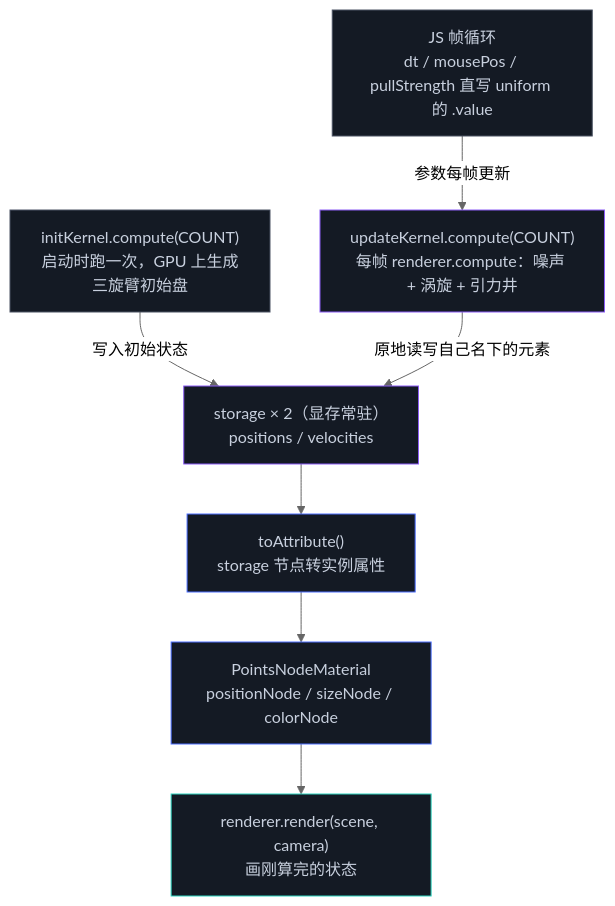
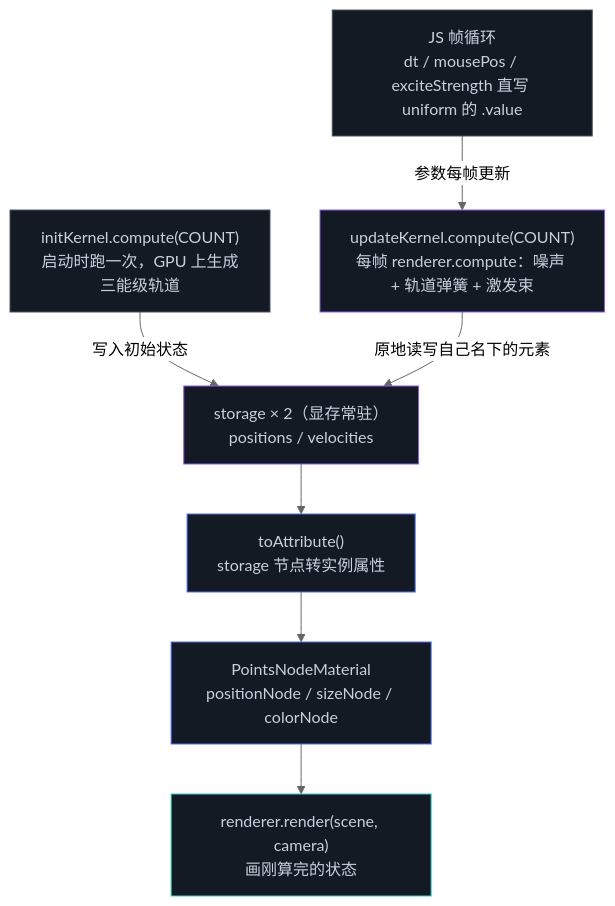
Before and after one commit to onlyLucky/LLM_Wiki: the diagram in learning/前端/webgpu/讲义/day3-Three.js桥接/3.3-TSL计算与数据流.md, drawn with Mermaid (neutral theme). The commit also changed other lines of this file and 62 other files, not shown here.

````diff
--- a/learning/前端/webgpu/讲义/day3-Three.js桥接/3.3-TSL计算与数据流.md
+++ b/learning/前端/webgpu/讲义/day3-Three.js桥接/3.3-TSL计算与数据流.md
@@ -48,25 +48,25 @@
 ```mermaid
 flowchart TD
-    JS["JS 帧循环<br/>dt / mousePos / pullStrength 直写 uniform 的 .value"]
-    INIT["initKernel.compute(COUNT)<br/>启动时跑一次，GPU 上生成三旋臂初始盘"]
+    JS["JS 帧循环<br/>dt / mousePos / exciteStrength 直写 uniform 的 .value"]
+    INIT["initKernel.compute(COUNT)<br/>启动时跑一次，GPU 上生成三能级轨道"]
     STO["storage × 2（显存常驻）<br/>positions / velocities"]
-    UPD["updateKernel.compute(COUNT)<br/>每帧 renderer.compute：噪声 + 涡旋 + 引力井"]
+    UPD["updateKernel.compute(COUNT)<br/>每帧 renderer.compute：噪声 + 轨道弹簧 + 激发束"]
     ATTR["toAttribute()<br/>storage 节点转实例属性"]
     MAT["PointsNodeMaterial<br/>positionNode / sizeNode / colorNode"]
     OUT["renderer.render(scene, camera)<br/>画刚算完的状态"]
 
     INIT -- 写入初始状态 --> STO
     JS -- 参数每帧更新 --> UPD
     UPD -- 原地读写自己名下的元素 --> STO
     STO --> ATTR
     ATTR --> MAT
     MAT --> OUT
 
     style JS fill:#141a24,stroke:#4a5263,color:#c8d0de
     style INIT fill:#141a24,stroke:#4a5263,color:#c8d0de
     style STO fill:#141a24,stroke:#8b5cf6,color:#c8d0de
     style UPD fill:#141a24,stroke:#8b5cf6,color:#c8d0de
     style ATTR fill:#141a24,stroke:#4c6fff,color:#c8d0de
     style MAT fill:#141a24,stroke:#4c6fff,color:#c8d0de
     style OUT fill:#141a24,stroke:#2dd4bf,color:#c8d0de
 ```
````
